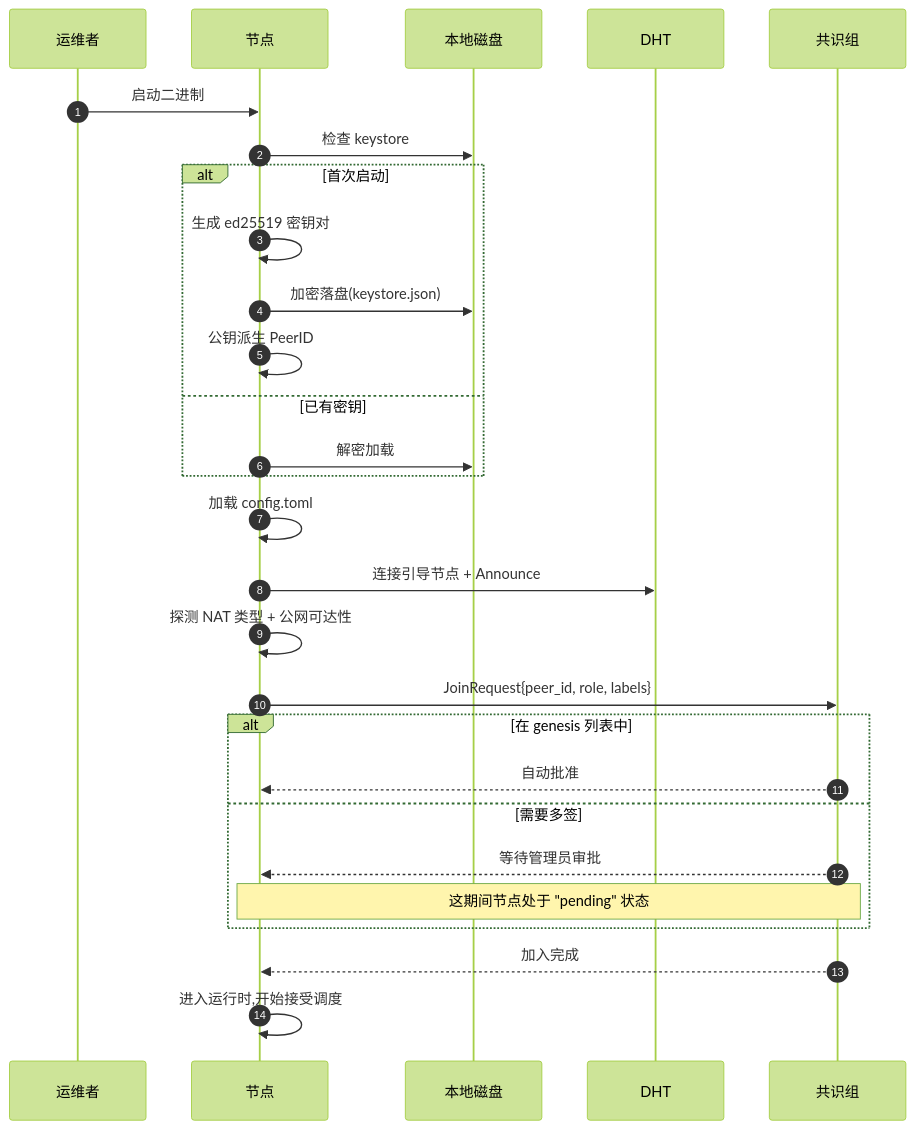
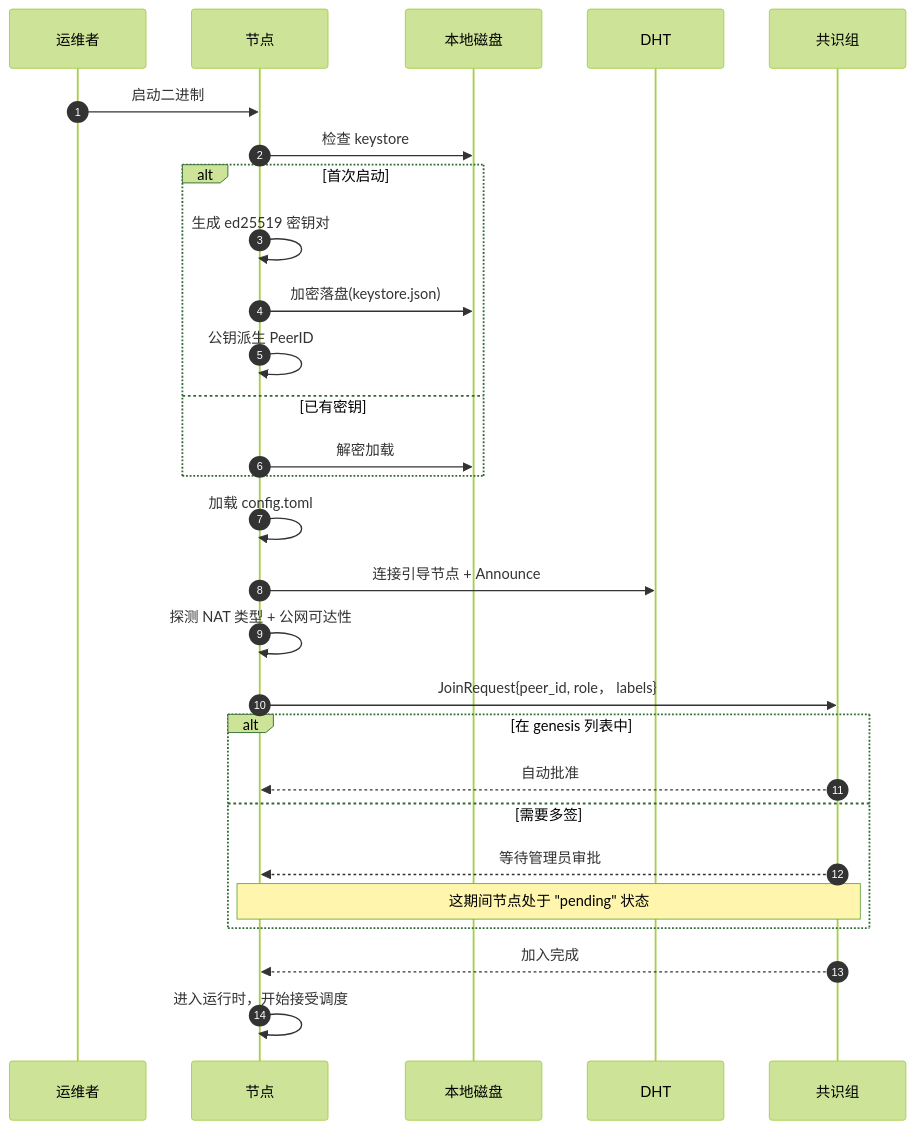
The first of 2 diagrams in pages/components/server/bootstrap.md (JLUCraft/docs), drawn with Mermaid (forest theme) before and after one commit. The commit also changed other lines of this file and 23 other files, not shown here.

````diff
--- a/pages/components/server/bootstrap.md
+++ b/pages/components/server/bootstrap.md
@@ -7,31 +7,31 @@
 ```mermaid
 sequenceDiagram
     autonumber
     participant Op as 运维者
     participant Node as 节点
     participant FS as 本地磁盘
     participant DHT
     participant Cons as 共识组
 
     Op->>Node: 启动二进制
     Node->>FS: 检查 keystore
     alt 首次启动
         Node->>Node: 生成 ed25519 密钥对
         Node->>FS: 加密落盘(keystore.json)
         Node->>Node: 公钥派生 PeerID
     else 已有密钥
         Node->>FS: 解密加载
     end
     Node->>Node: 加载 config.toml
     Node->>DHT: 连接引导节点 + Announce
     Node->>Node: 探测 NAT 类型 + 公网可达性
-    Node->>Cons: JoinRequest{peer_id, role, labels}
+    Node->>Cons: JoinRequest{peer_id, role， labels}
     alt 在 genesis 列表中
         Cons-->>Node: 自动批准
     else 需要多签
         Cons-->>Node: 等待管理员审批
         Note over Cons,Node: 这期间节点处于 "pending" 状态
     end
     Cons-->>Node: 加入完成
-    Node->>Node: 进入运行时,开始接受调度
+    Node->>Node: 进入运行时，开始接受调度
 ```
````
